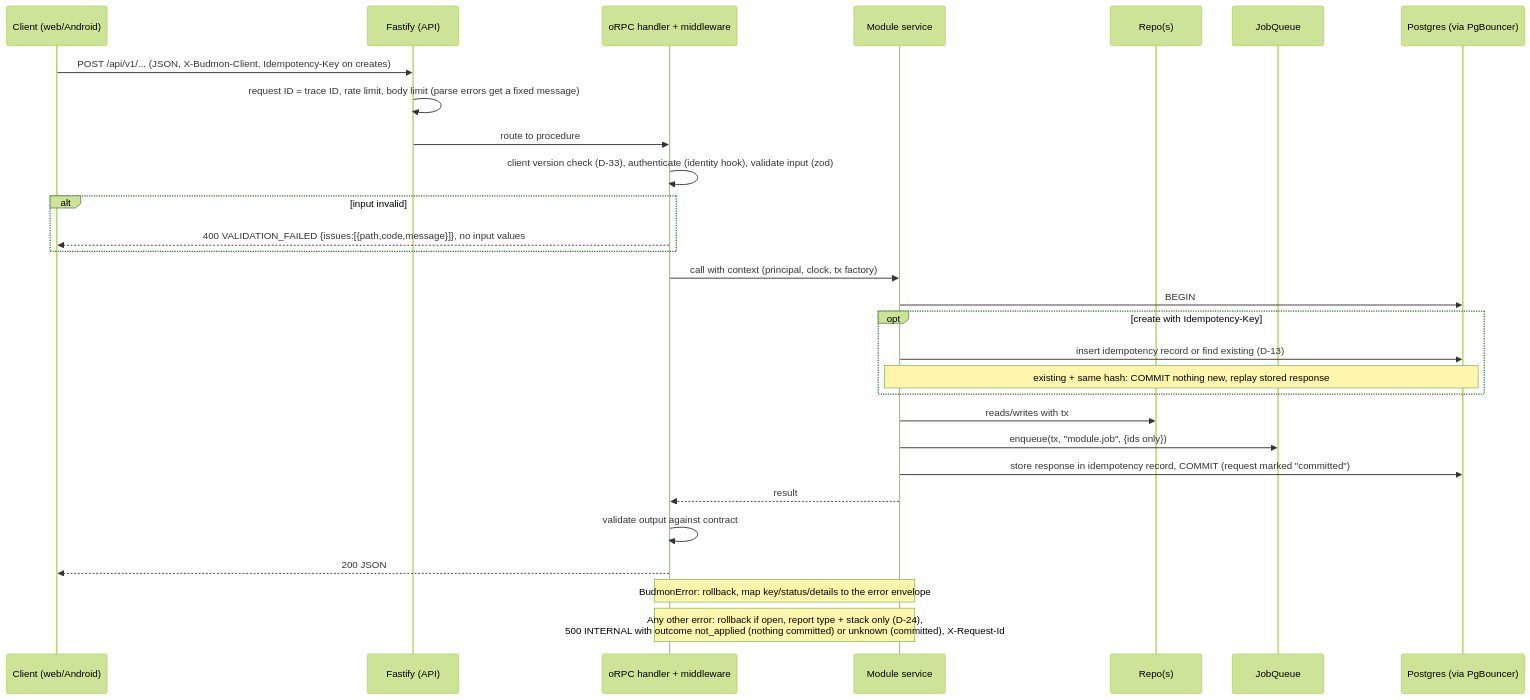
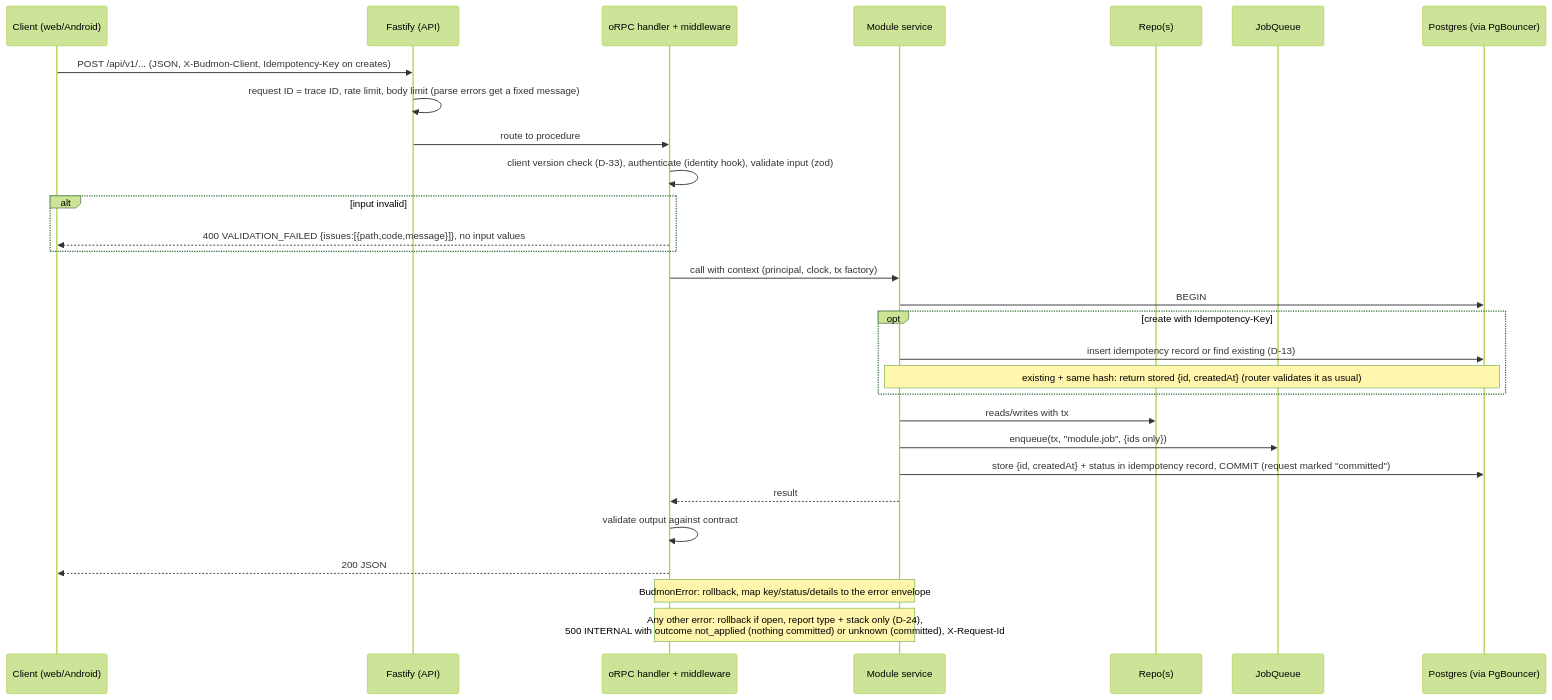
Before and after one commit to ali-hy/Budmon: the fourth of 9 diagrams in docs/design/platform/hld.md, drawn with Mermaid (forest theme). The commit also changed other lines of this file and 1 other file, not shown here.

````diff
--- a/docs/design/platform/hld.md
+++ b/docs/design/platform/hld.md
@@ -431,31 +432,31 @@
 ```mermaid
 sequenceDiagram
   participant C as Client (web/Android)
   participant F as Fastify (API)
   participant O as oRPC handler + middleware
   participant S as Module service
   participant R as Repo(s)
   participant Q as JobQueue
   participant DB as Postgres (via PgBouncer)
   C->>F: POST /api/v1/... (JSON, X-Budmon-Client, Idempotency-Key on creates)
   F->>F: request ID = trace ID, rate limit, body limit (parse errors get a fixed message)
   F->>O: route to procedure
   O->>O: client version check (D-33), authenticate (identity hook), validate input (zod)
   alt input invalid
     O-->>C: 400 VALIDATION_FAILED {issues:[{path,code,message}]}, no input values
   end
   O->>S: call with context (principal, clock, tx factory)
   S->>DB: BEGIN
   opt create with Idempotency-Key
     S->>DB: insert idempotency record or find existing (D-13)
-    Note over S,DB: existing + same hash: COMMIT nothing new, replay stored response
+    Note over S,DB: existing + same hash: return stored {id, createdAt} (router validates it as usual)
   end
   S->>R: reads/writes with tx
   S->>Q: enqueue(tx, "module.job", {ids only})
-  S->>DB: store response in idempotency record, COMMIT (request marked "committed")
+  S->>DB: store {id, createdAt} + status in idempotency record, COMMIT (request marked "committed")
   S-->>O: result
   O->>O: validate output against contract
   O-->>C: 200 JSON
   Note over S,O: BudmonError: rollback, map key/status/details to the error envelope
   Note over S,O: Any other error: rollback if open, report type + stack only (D-24),<br/>500 INTERNAL with outcome not_applied (nothing committed) or unknown (committed), X-Request-Id
 ```
````
